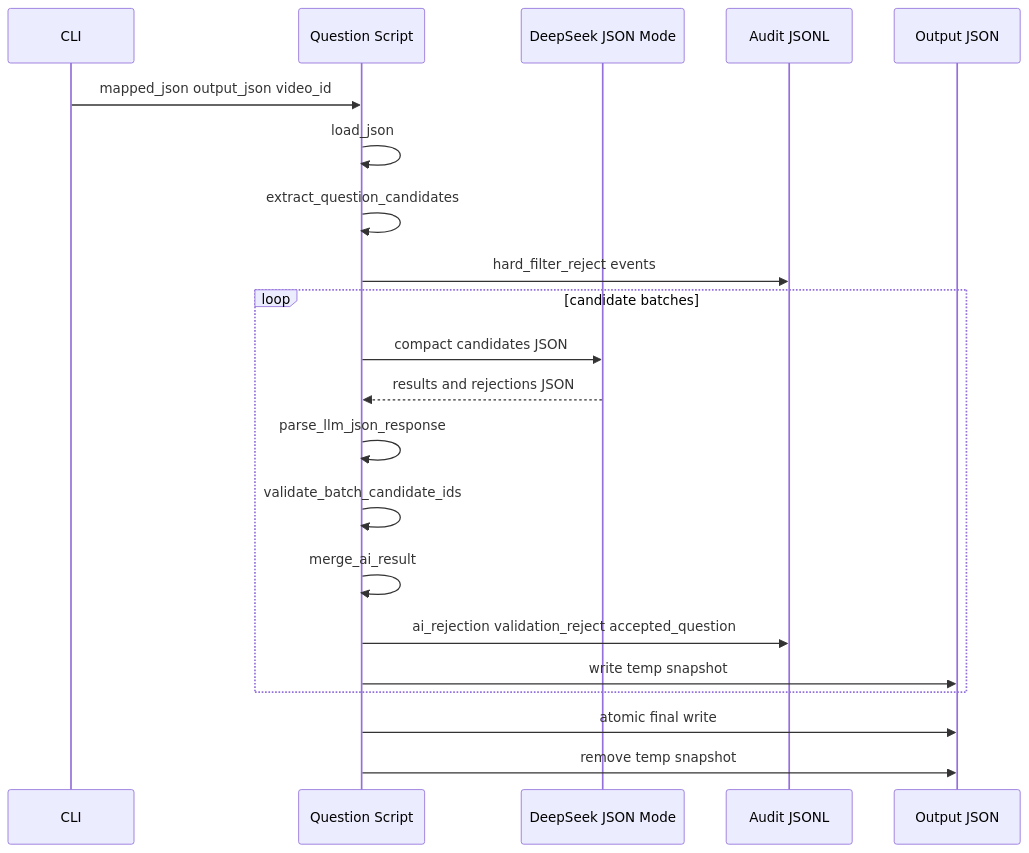
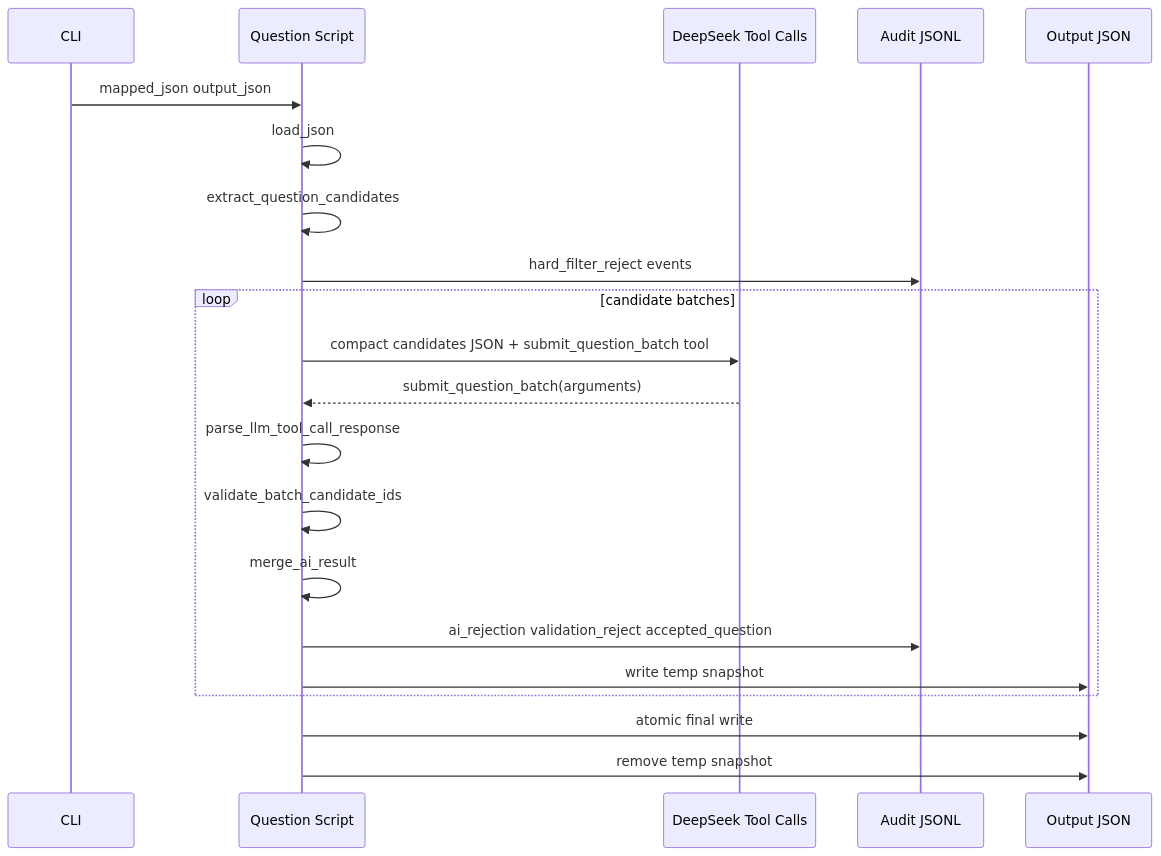
The fourth of 6 diagrams in 题目生成流程.md (acquisit-ai/simple-audio-processing), drawn with Mermaid before and after one commit. The commit also changed other lines of this file and 6 other files, not shown here.

````diff
--- a/题目生成流程.md
+++ b/题目生成流程.md
@@ -335,24 +375,24 @@
 ```mermaid
 sequenceDiagram
     participant CLI as CLI
     participant Script as Question Script
-    participant LLM as DeepSeek JSON Mode
+    participant LLM as DeepSeek Tool Calls
     participant Audit as Audit JSONL
     participant Out as Output JSON
 
-    CLI->>Script: mapped_json output_json video_id
+    CLI->>Script: mapped_json output_json
     Script->>Script: load_json
     Script->>Script: extract_question_candidates
     Script->>Audit: hard_filter_reject events
     loop candidate batches
-        Script->>LLM: compact candidates JSON
-        LLM-->>Script: results and rejections JSON
-        Script->>Script: parse_llm_json_response
+        Script->>LLM: compact candidates JSON + submit_question_batch tool
+        LLM-->>Script: submit_question_batch(arguments)
+        Script->>Script: parse_llm_tool_call_response
         Script->>Script: validate_batch_candidate_ids
         Script->>Script: merge_ai_result
         Script->>Audit: ai_rejection validation_reject accepted_question
         Script->>Out: write temp snapshot
     end
     Script->>Out: atomic final write
     Script->>Out: remove temp snapshot
 ```
````
